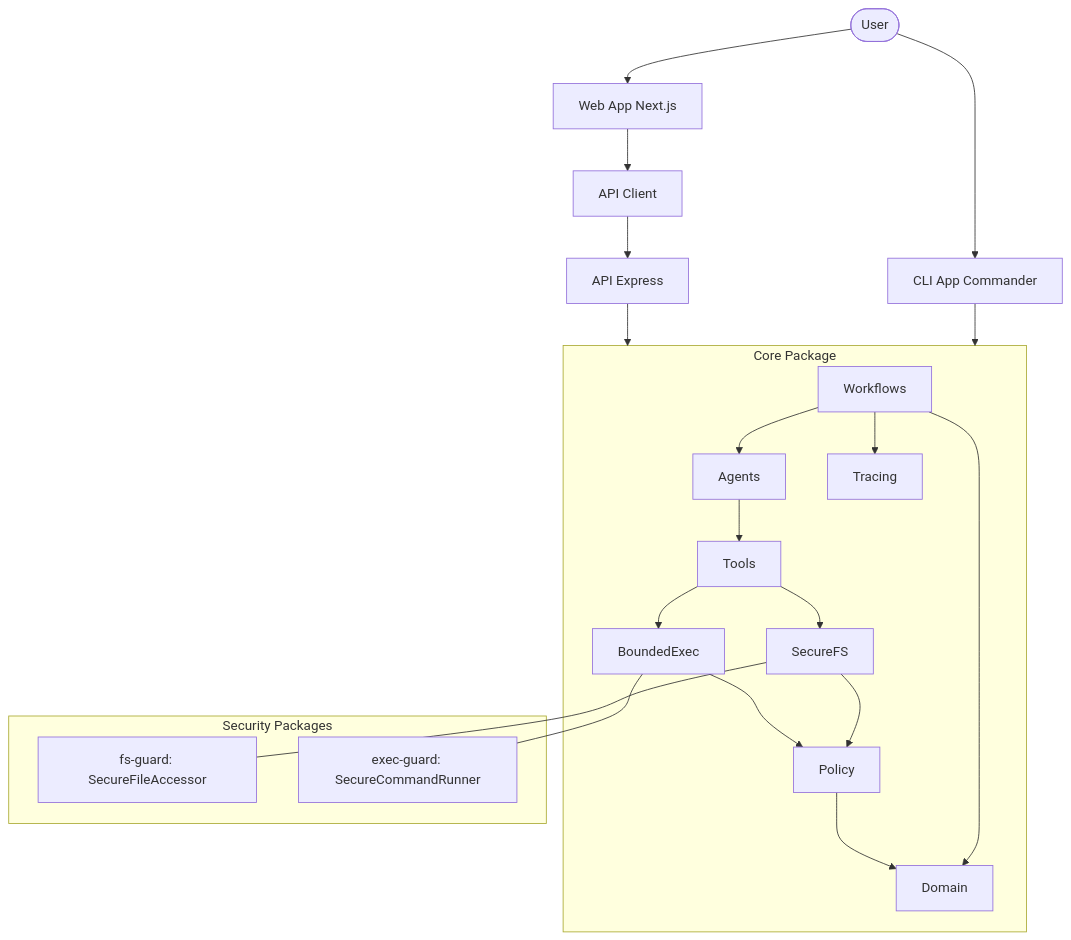
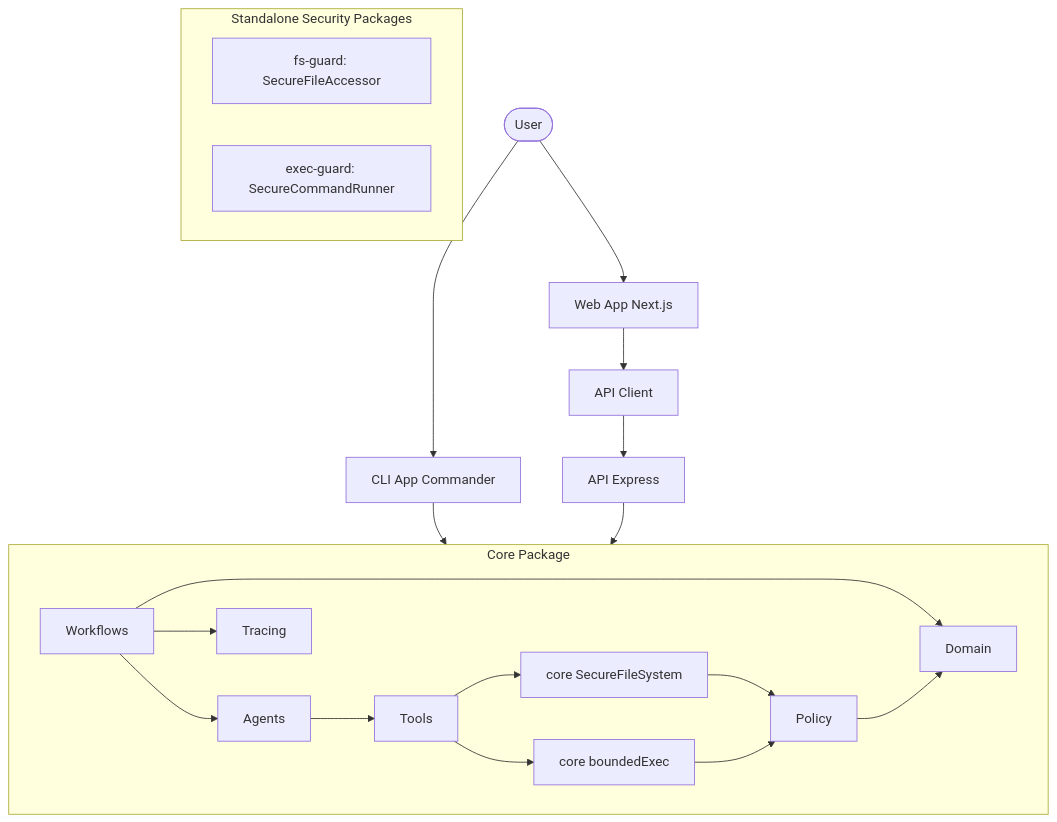
The diagram in docs/architecture.md (JasonTM17/RepoMedic_AI), drawn with Mermaid before and after one commit. The commit also changed other lines of this file and 35 other files, not shown here.

````diff
--- a/docs/architecture.md
+++ b/docs/architecture.md
@@ -36,27 +50,27 @@
 ```mermaid
 flowchart TD
     User([User]) --> Web[Web App Next.js]
     User --> CLI[CLI App Commander]
     Web --> APIClient[API Client]
     APIClient --> API[API Express]
     CLI --> Core
     API --> Core
 
     subgraph Core[Core Package]
         Workflows --> Agents
         Agents --> Tools
-        Tools --> SecureFS
-        Tools --> BoundedExec
-        SecureFS --> Policy
-        BoundedExec --> Policy
+        Tools --> CoreSecureFS[core SecureFileSystem]
+        Tools --> CoreBoundedExec[core boundedExec]
+        CoreSecureFS --> Policy
+        CoreBoundedExec --> Policy
         Workflows --> Domain
         Workflows --> Tracing
     end
 
-    subgraph Guards[Security Packages]
-        SecureFS --- FsGuard[fs-guard: SecureFileAccessor]
-        BoundedExec --- ExecGuard[exec-guard: SecureCommandRunner]
+    subgraph Guards[Standalone Security Packages]
+        FsGuard[fs-guard: SecureFileAccessor]
+        ExecGuard[exec-guard: SecureCommandRunner]
     end
 
     Policy --> Domain
 ```
````
